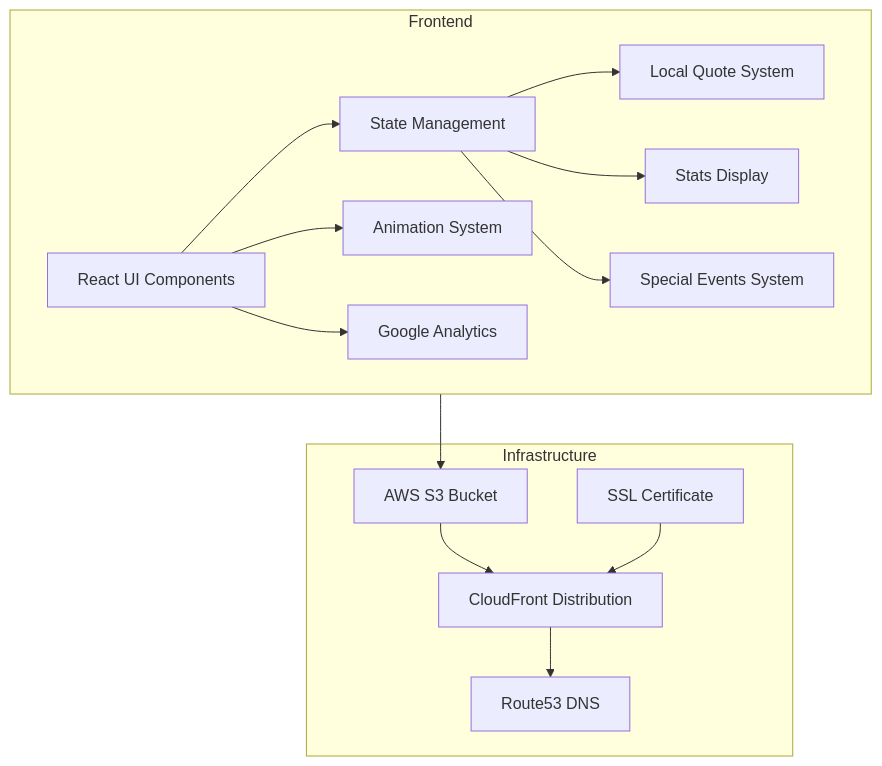
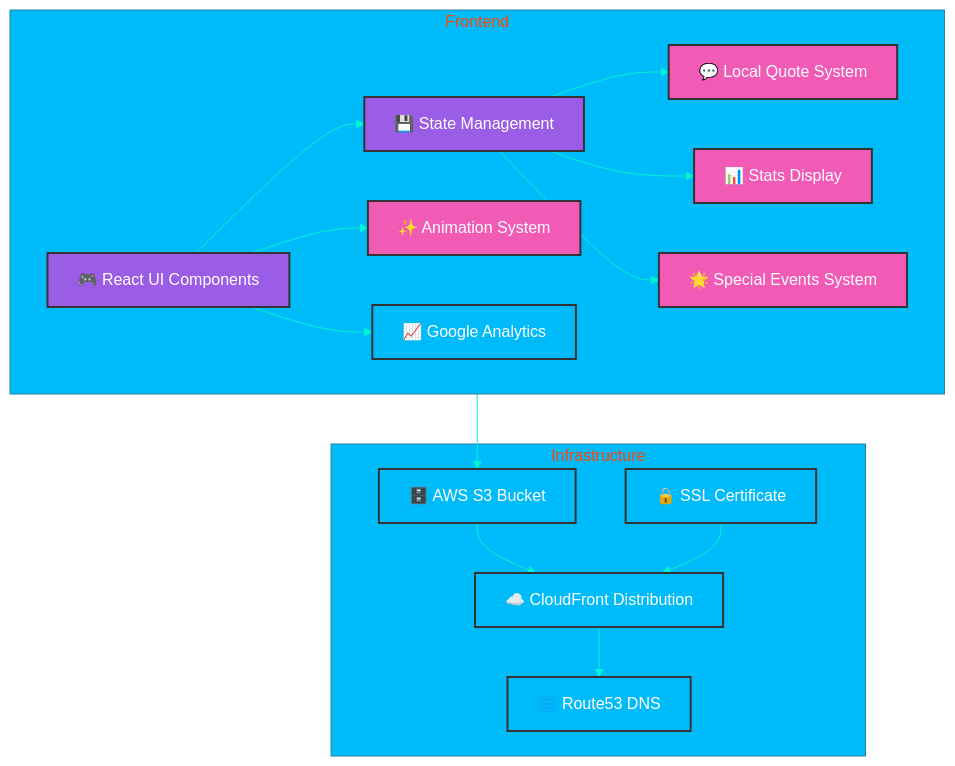
One commit to declanshanaghy/rizz-power-up changed the first of 2 diagrams in rizz-power-up-project-plan.md. Above: the diagram before and after it, drawn with Mermaid. The commit also changed other lines of this file and 12 other files, not shown here.

````diff
--- a/rizz-power-up-project-plan.md
+++ b/rizz-power-up-project-plan.md
@@ -25,31 +25,44 @@
 ```mermaid
+%%{init: {'theme': 'base', 'themeVariables': { 'primaryColor': '#9B5DE5', 'primaryTextColor': '#fff', 'primaryBorderColor': '#7C3AEF', 'lineColor': '#00F5D4', 'secondaryColor': '#F15BB5', 'tertiaryColor': '#00BBF9' }}}%%
 flowchart TD
     subgraph Frontend
-        UI[React UI Components]
-        State[State Management]
-        Animations[Animation System]
-        QuoteSystem[Local Quote System]
-        StatsDisplay[Stats Display]
-        SpecialEvents[Special Events System]
-        Analytics[Google Analytics]
+        UI[🎮 React UI Components]
+        State[💾 State Management]
+        Animations[✨ Animation System]
+        QuoteSystem[💬 Local Quote System]
+        StatsDisplay[📊 Stats Display]
+        SpecialEvents[🌟 Special Events System]
+        Analytics[📈 Google Analytics]
     end
     
     subgraph Infrastructure
-        S3[AWS S3 Bucket]
-        CloudFront[CloudFront Distribution]
-        Route53[Route53 DNS]
-        ACM[SSL Certificate]
+        S3[🗄️ AWS S3 Bucket]
+        CloudFront[☁️ CloudFront Distribution]
+        Route53[🌐 Route53 DNS]
+        ACM[🔒 SSL Certificate]
     end
     
     UI --> State
     State --> QuoteSystem
     State --> StatsDisplay
     State --> SpecialEvents
     UI --> Animations
     UI --> Analytics
     
     Frontend --> S3
     S3 --> CloudFront
     CloudFront --> Route53
     ACM --> CloudFront
+    
+    style UI fill:#9B5DE5,stroke:#333,stroke-width:2px
+    style State fill:#9B5DE5,stroke:#333,stroke-width:2px
+    style Animations fill:#F15BB5,stroke:#333,stroke-width:2px
+    style QuoteSystem fill:#F15BB5,stroke:#333,stroke-width:2px
+    style StatsDisplay fill:#F15BB5,stroke:#333,stroke-width:2px
+    style SpecialEvents fill:#F15BB5,stroke:#333,stroke-width:2px
+    style Analytics fill:#00BBF9,stroke:#333,stroke-width:2px
+    style S3 fill:#00BBF9,stroke:#333,stroke-width:2px
+    style CloudFront fill:#00BBF9,stroke:#333,stroke-width:2px
+    style Route53 fill:#00BBF9,stroke:#333,stroke-width:2px
+    style ACM fill:#00BBF9,stroke:#333,stroke-width:2px
 ```
````
